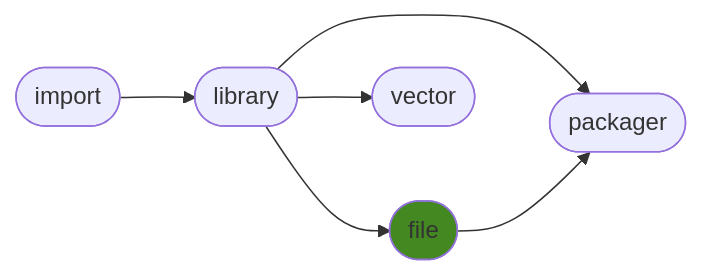
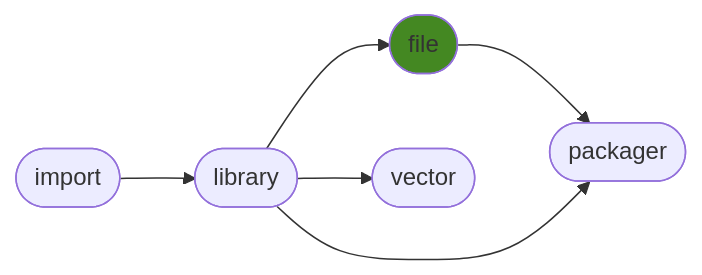
The diagram in README.md (ManderaGeneral/generalfile), drawn with Mermaid before and after one commit. The commit also changed other lines of this file, not shown here.

````diff
--- a/README.md
+++ b/README.md
@@ -16,14 +16,14 @@
 ```mermaid
 flowchart LR
+2([file]) --> 4([packager])
+0([import]) --> 1([library])
+1([library]) --> 2([file])
 1([library]) --> 4([packager])
-0([import]) --> 1([library])
-2([file]) --> 4([packager])
-1([library]) --> 2([file])
 1([library]) --> 3([vector])
 click 0 "https://github.com/ManderaGeneral/generalimport"
 click 1 "https://github.com/ManderaGeneral/generallibrary"
 click 2 "https://github.com/ManderaGeneral/generalfile"
 click 3 "https://github.com/ManderaGeneral/generalvector"
 click 4 "https://github.com/ManderaGeneral/generalpackager"
 style 2 fill:#482
 ```
````
